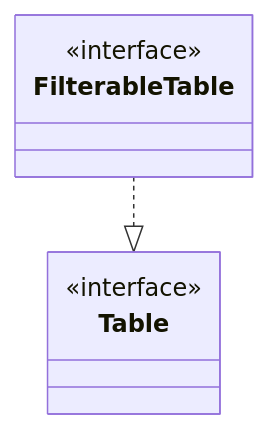
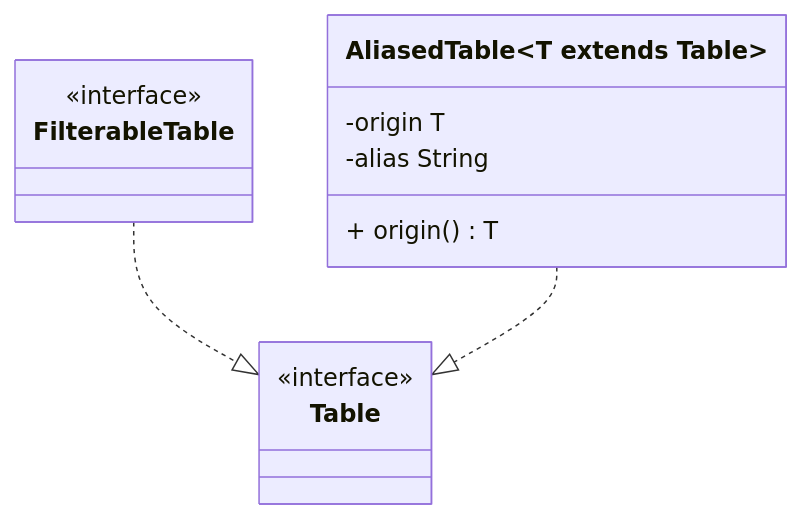
One commit to safarislava/QueryBricks changed the first of 10 diagrams in docs/domain.md. Above: the diagram before and after it, drawn with Mermaid. The commit also changed other lines of this file, not shown here.

Commit message:
docs: Add table aliases

````diff
--- a/docs/domain.md
+++ b/docs/domain.md
@@ -1,11 +1,18 @@
 ```mermaid
 classDiagram
     class Table {
         <<interface>>
     }
 
     class FilterableTable {
         <<interface>>
     }
     FilterableTable ..|> Table
+
+    class AliasedTable~T extends Table~ {
+        -origin T
+        -alias String
+        + origin() T
+    }
+    AliasedTable ..|> Table
 ```
````
